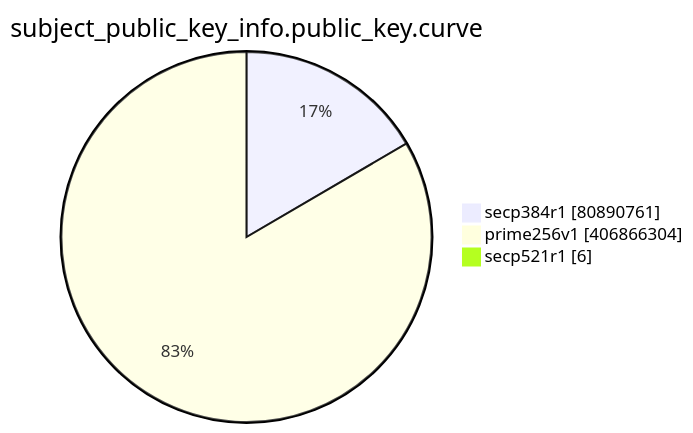
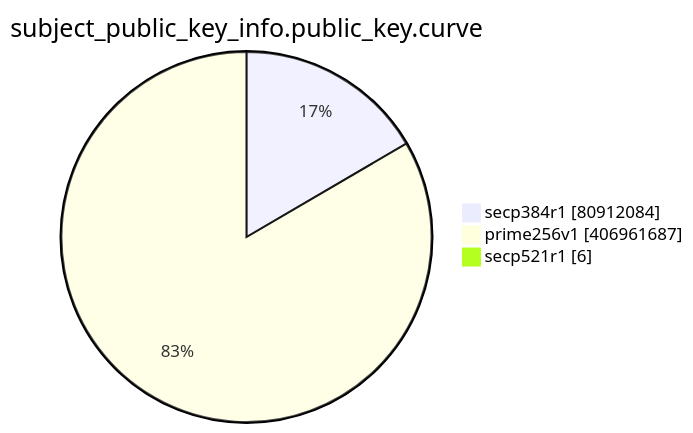
The eighth of 15 diagrams in TOTAL/README.md (christiankrug/ctmonitor_visualization), drawn with Mermaid before and after one commit. The commit also changed other lines of this file, not shown here.

````diff
--- a/TOTAL/README.md
+++ b/TOTAL/README.md
@@ -3096,7 +3096,7 @@
 ```mermaid
 pie showData
 title subject_public_key_info.public_key.curve
-"secp384r1" :80890761
-"prime256v1" :406866304
+"secp384r1" :80912084
+"prime256v1" :406961687
 "secp521r1" :6
 ```
````
